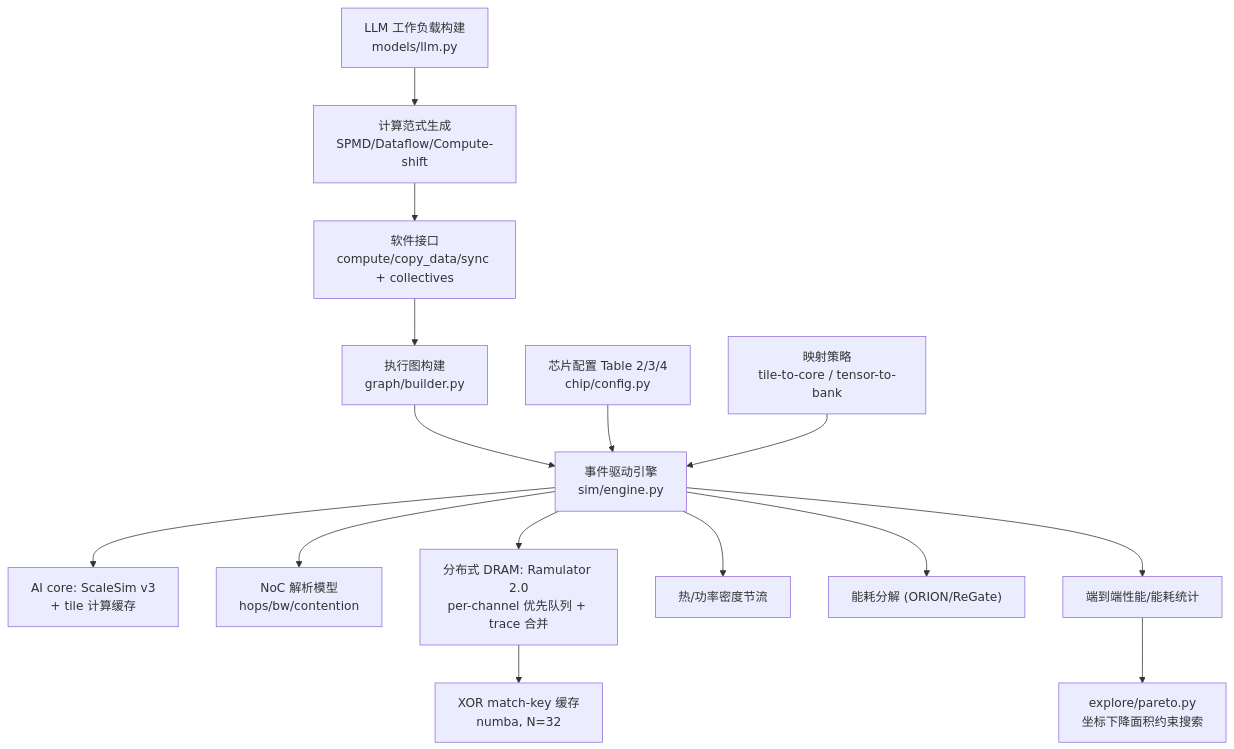
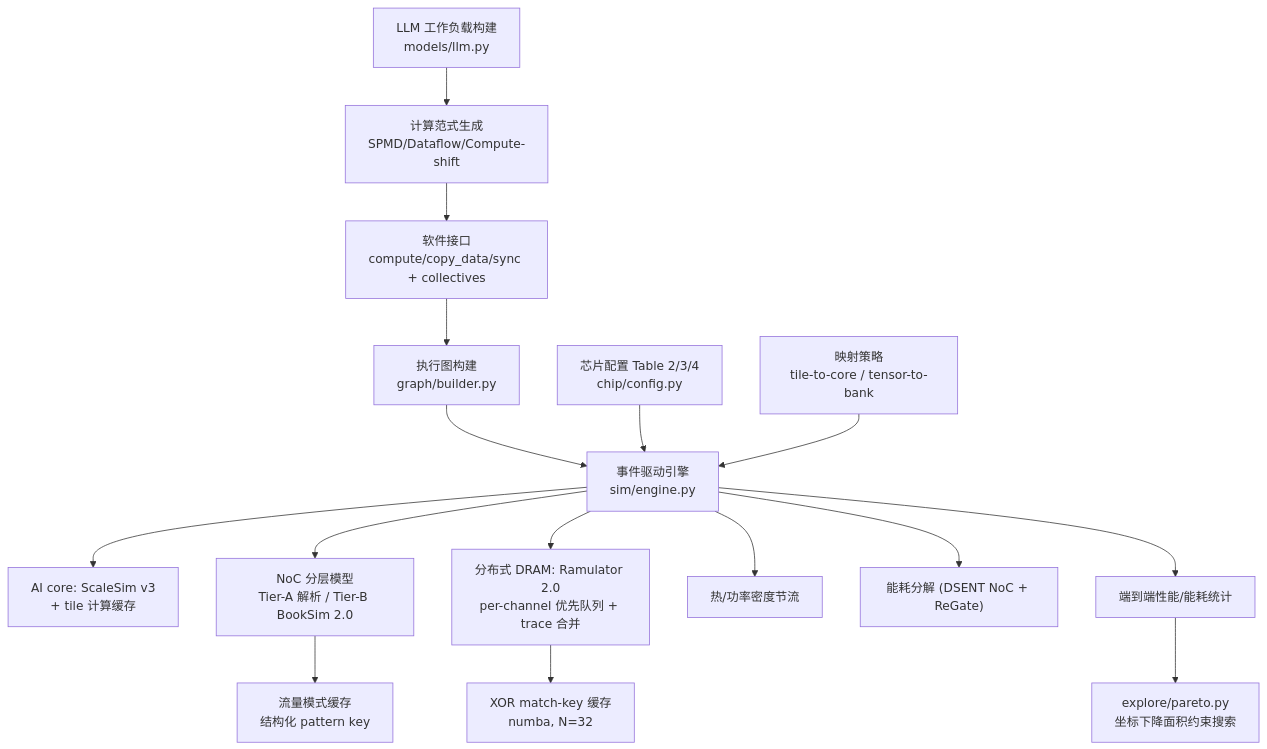
Before and after one commit to lukebest/wafer3d: the diagram in .cursor/plans/voxel-like_simulator_f9c69a8b.plan.md, drawn with Mermaid. The commit also changed other lines of this file, not shown here.

Commit message:
Enhance project plan for voxel-like simulator by updating the overview and todos, integrating BookSim 2.0 for NoC simulation, and refining energy modeling with DSENT. Improve clarity on phases and add structured pattern key for NoC traffic caching.

````diff
--- a/.cursor/plans/voxel-like_simulator_f9c69a8b.plan.md
+++ b/.cursor/plans/voxel-like_simulator_f9c69a8b.plan.md
@@ -49,17 +61,18 @@
 ```mermaid
 flowchart TD
     Model["LLM 工作负载构建<br/>models/llm.py"] --> Plan["计算范式生成<br/>SPMD/Dataflow/Compute-shift"]
     Plan --> API["软件接口<br/>compute/copy_data/sync + collectives"]
     API --> Graph["执行图构建<br/>graph/builder.py"]
     Graph --> Engine["事件驱动引擎<br/>sim/engine.py"]
     Cfg["芯片配置 Table 2/3/4<br/>chip/config.py"] --> Engine
     Map["映射策略<br/>tile-to-core / tensor-to-bank"] --> Engine
     Engine --> CoreSim["AI core: ScaleSim v3<br/>+ tile 计算缓存"]
-    Engine --> NoCSim["NoC 解析模型<br/>hops/bw/contention"]
+    Engine --> NoCSim["NoC 分层模型<br/>Tier-A 解析 / Tier-B BookSim 2.0"]
+    NoCSim --> NoCCache["流量模式缓存<br/>结构化 pattern key"]
     Engine --> DramSim["分布式 DRAM: Ramulator 2.0<br/>per-channel 优先队列 + trace 合并"]
     DramSim --> Coalesce["XOR match-key 缓存<br/>numba, N=32"]
     Engine --> Thermal["热/功率密度节流"]
-    Engine --> Energy["能耗分解 (ORION/ReGate)"]
+    Engine --> Energy["能耗分解 (DSENT NoC + ReGate)"]
     Engine --> Stats["端到端性能/能耗统计"]
     Stats --> Pareto["explore/pareto.py<br/>坐标下降面积约束搜索"]
 ```
````
